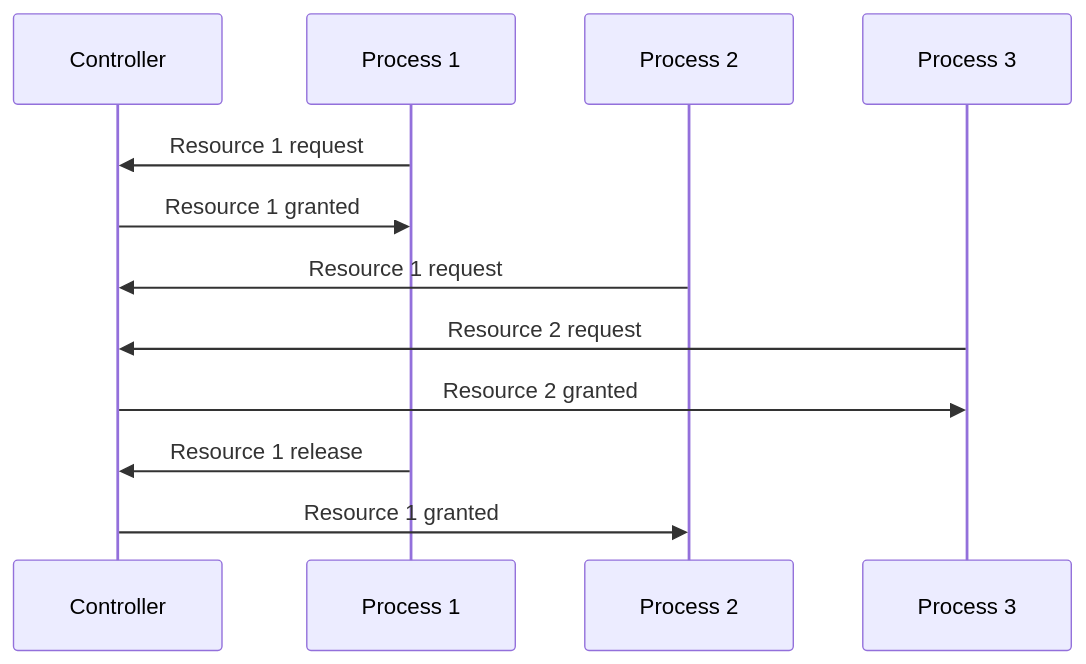
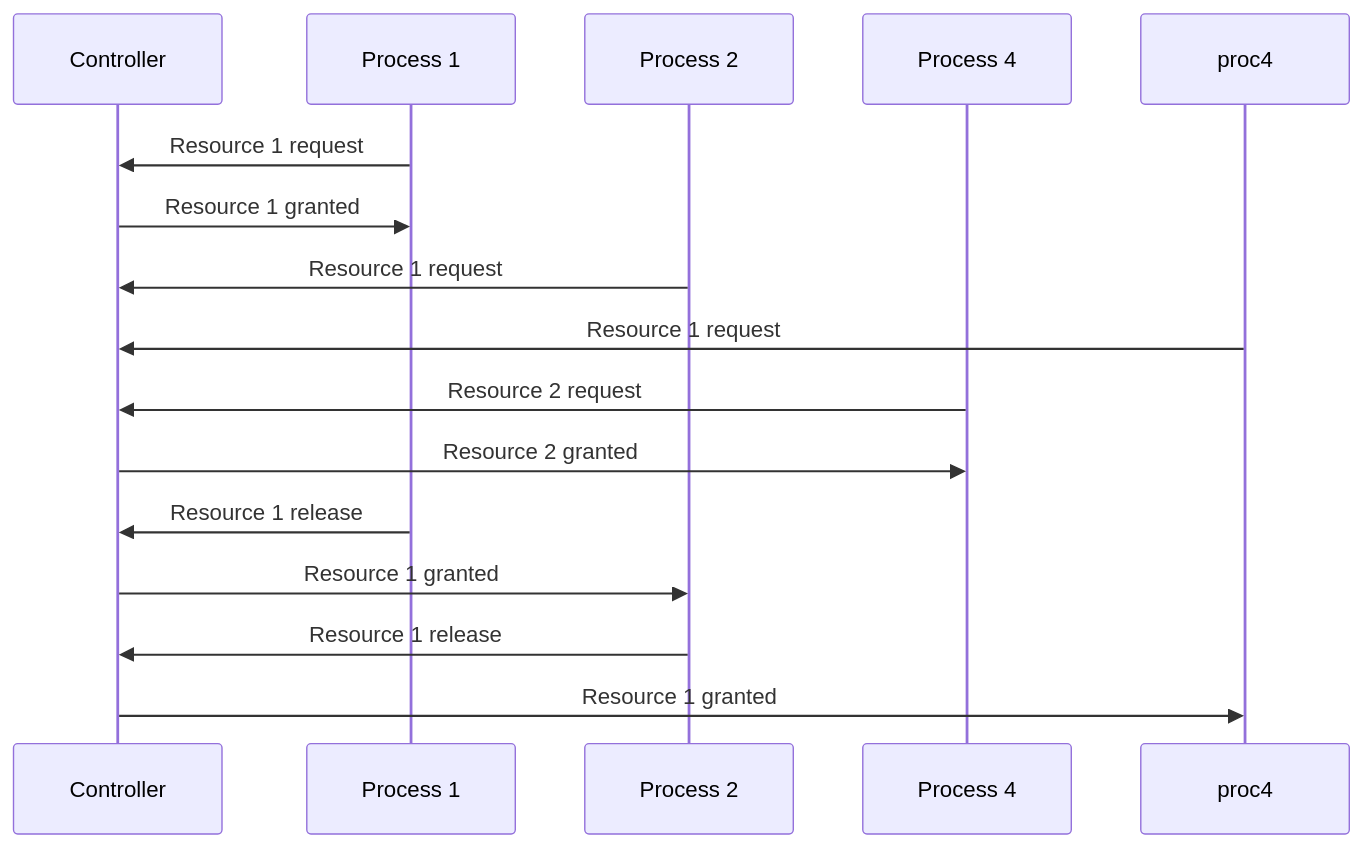
Before and after one commit to msandonini/uni: the diagram in Distributed AI/02 - Distributed Consensus/03 - Mutual exclusion/Mutual exclusion.md, drawn with Mermaid. The commit also changed other lines of this file, not shown here.

````diff
--- a/Distributed AI/02 - Distributed Consensus/03 - Mutual exclusion/Mutual exclusion.md
+++ b/Distributed AI/02 - Distributed Consensus/03 - Mutual exclusion/Mutual exclusion.md
@@ -30,16 +30,19 @@
 ```mermaid
 
 sequenceDiagram
 participant cont as Controller
 participant proc1 as Process 1
 participant proc2 as Process 2
 participant proc3 as Process 3
+participant proc3 as Process 4
 proc1->>cont: Resource 1 request
 cont ->> proc1: Resource 1 granted
 proc2->>cont: Resource 1 request
+proc4->>cont: Resource 1 request
 proc3->>cont: Resource 2 request
 cont->>proc3: Resource 2 granted
 proc1->>cont: Resource 1 release
 cont->>proc2: Resource 1 granted
-
+proc2->>cont: Resource 1 release
+cont->>proc4: Resource 1 granted
 ```
````
